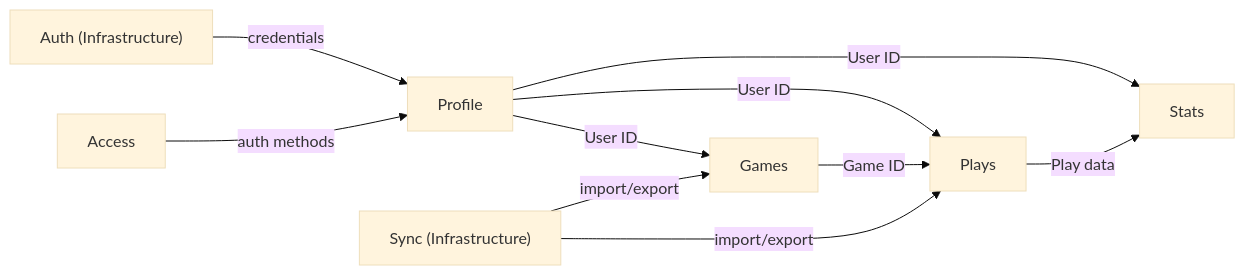
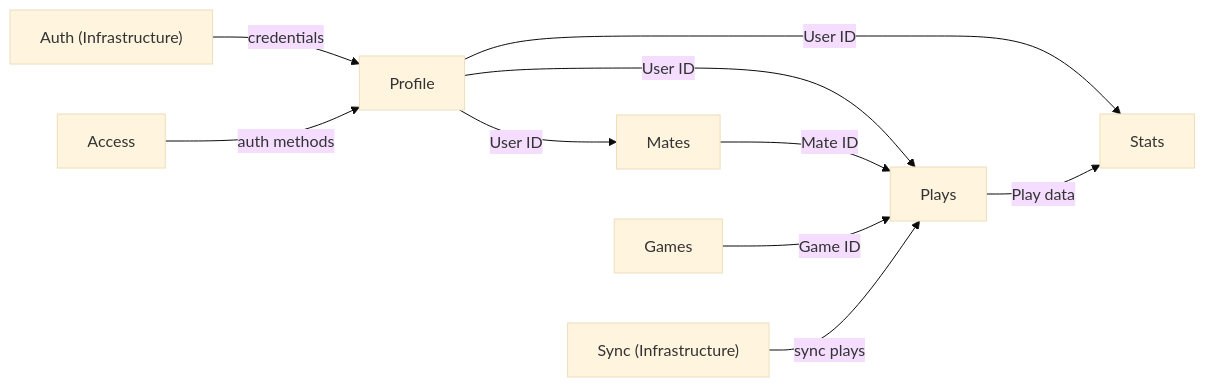
Before and after one commit to anddreyko/bgl-api: the first of 5 diagrams in docs/01-project-overview/02-business-domain.md, drawn with Mermaid (base theme). The commit also changed other lines of this file, not shown here.

Commit message:
docs(domain): separate Mates context, add Event Storming, update Sync semantics

````diff
--- a/docs/01-project-overview/02-business-domain.md
+++ b/docs/01-project-overview/02-business-domain.md
@@ -33,12 +35,12 @@
 ```mermaid
 graph LR
     Profile -->|User ID| Plays
+    Profile -->|User ID| Mates
     Profile -->|User ID| Stats
-    Profile -->|User ID| Games
+    Mates -->|Mate ID| Plays
+    Games -->|Game ID| Plays
     Plays -->|Play data| Stats
-    Games -->|Game ID| Plays
-    Sync["Sync (Infrastructure)"] -->|import/export| Games
-    Sync -->|import/export| Plays
+    Sync["Sync (Infrastructure)"] -->|sync plays| Plays
     Auth["Auth (Infrastructure)"] -->|credentials| Profile
     Access -->|auth methods| Profile
 ```
````
